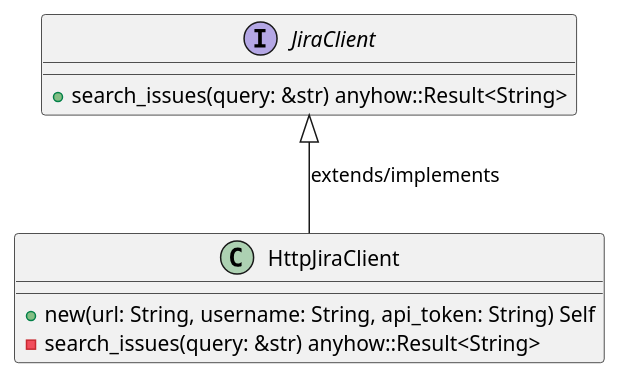
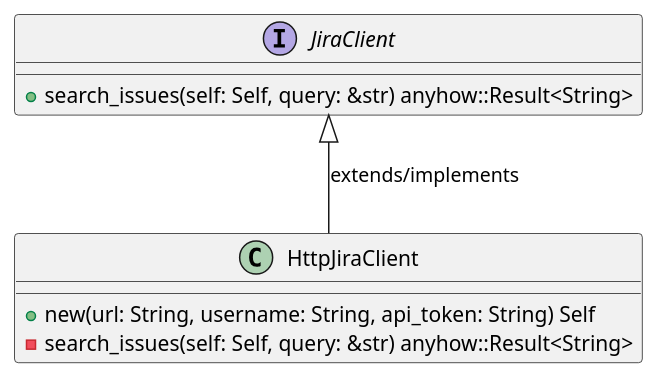
The first of 6 diagrams in openwiki/crates_factory_infrastructure_src_jira.md (lgcorzo/rust_CACD_autonomous_factory), drawn with PlantUML before and after one commit. The commit also changed other lines of this file and 95 other files, not shown here.

````diff
--- a/openwiki/crates_factory_infrastructure_src_jira.md
+++ b/openwiki/crates_factory_infrastructure_src_jira.md
@@ -128,13 +129,13 @@
 ```plantuml
 @startuml
 class HttpJiraClient {
     +new(url: String, username: String, api_token: String) Self
-    -search_issues(query: &str) anyhow::Result<String>
+    -search_issues(self: Self, query: &str) anyhow::Result<String>
 }
 JiraClient <|-- HttpJiraClient : extends/implements
 interface JiraClient {
-    +search_issues(query: &str) anyhow::Result<String>
+    +search_issues(self: Self, query: &str) anyhow::Result<String>
 }
 @enduml
 
 ```
````
